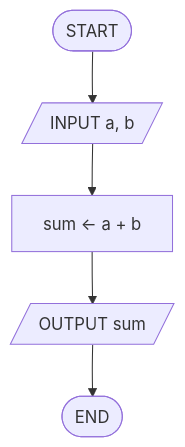
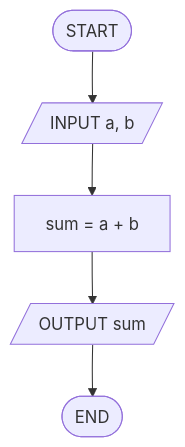
One commit to ISIBrussels/methodo-algo changed the second of 2 diagrams in docs/seances/01/cours_seance_01.md. Above: the diagram before and after it, drawn with Mermaid. The commit also changed other lines of this file and 2 other files, not shown here.

First line of the commit message:
fix(docs): feedback S1 — flowchart, tableau, `=`, trace tables

````diff
--- a/docs/seances/01/cours_seance_01.md
+++ b/docs/seances/01/cours_seance_01.md
@@ -84,7 +90,7 @@
 ```mermaid
 flowchart TB
   A([START]) --> B[/INPUT a, b/]
-  B --> C["sum ← a + b"]
+  B --> C["sum = a + b"]
   C --> D[/OUTPUT sum/]
   D --> E([END])
 ```
````
